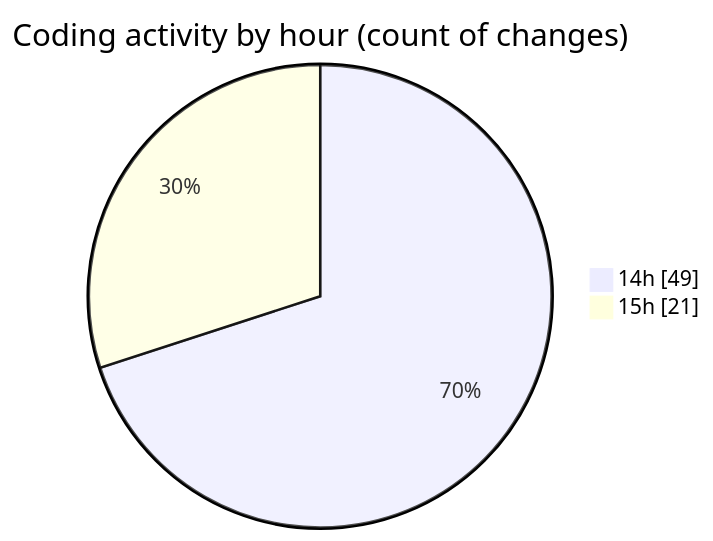
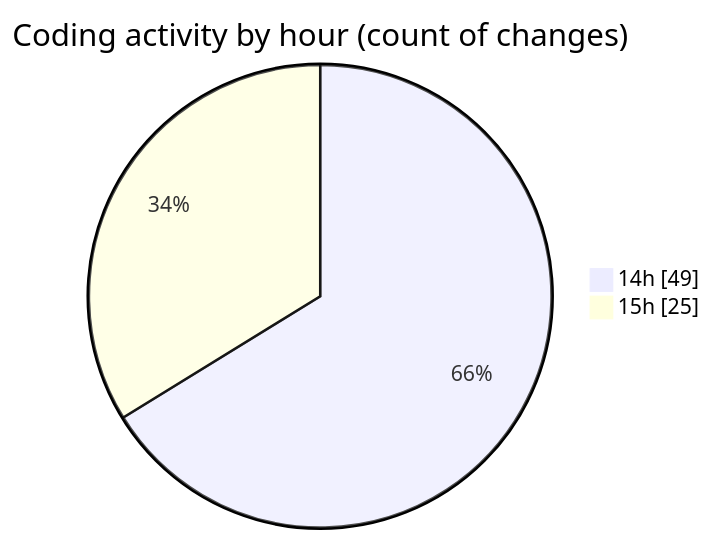
Before and after one commit to robertbonfada/code-tracking: the second of 2 diagrams in 2025-02-27/audiobooks-web/README.md, drawn with Mermaid. The commit also changed other lines of this file and 1 other file, not shown here.

````diff
--- a/2025-02-27/audiobooks-web/README.md
+++ b/2025-02-27/audiobooks-web/README.md
@@ -44,6 +44,6 @@
 ```mermaid
 pie showData
 title Coding activity by hour (count of changes)
 "14h" : 49
-"15h" : 21
+"15h" : 25
 ```
````
